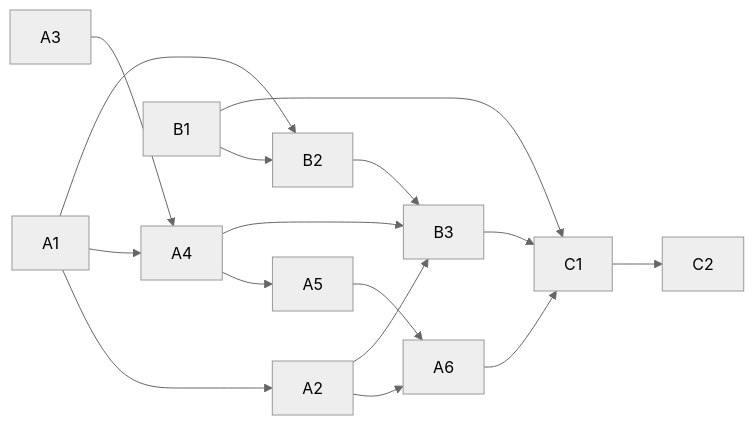
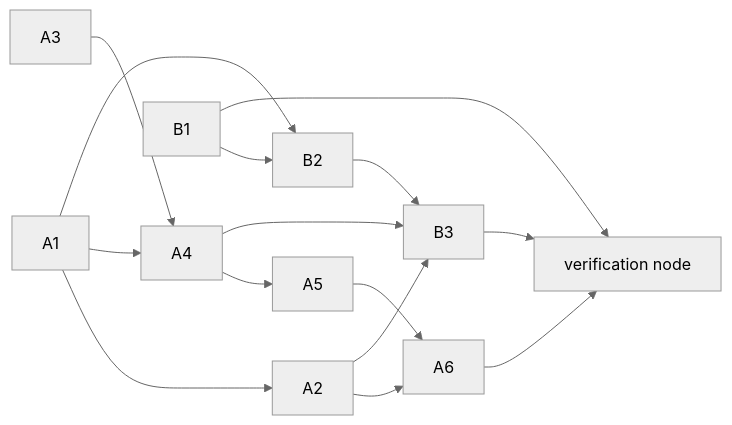
Before and after one commit to MadaraUchiha-314/the-loop: the diagram in docs/specs/issue-488/tasks.md, drawn with Mermaid (neutral theme). The commit also changed other lines of this file, not shown here.

Commit message:
docs(issue-488): verification and review are the graph's nodes, not DAG tasks

````diff
--- a/docs/specs/issue-488/tasks.md
+++ b/docs/specs/issue-488/tasks.md
@@ -129,13 +126,13 @@
 ```mermaid
 flowchart LR
   A1 --> A2 --> A6
   A1 --> A4
   A3 --> A4 --> A5 --> A6
   A1 --> B2
   B1 --> B2 --> B3
   A2 --> B3
   A4 --> B3
-  A6 --> C1
-  B1 --> C1
-  B3 --> C1 --> C2
+  A6 --> V[verification node]
+  B1 --> V
+  B3 --> V
 ```
````
